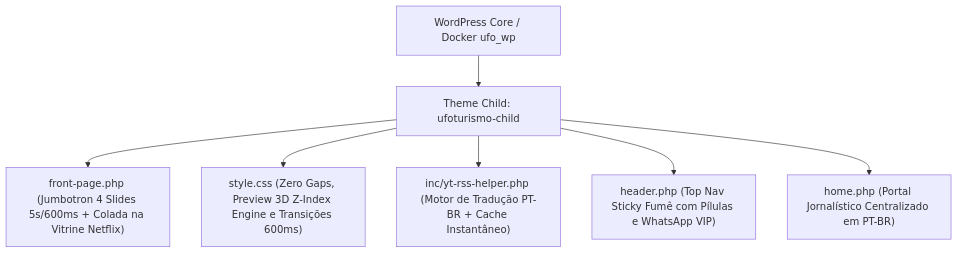
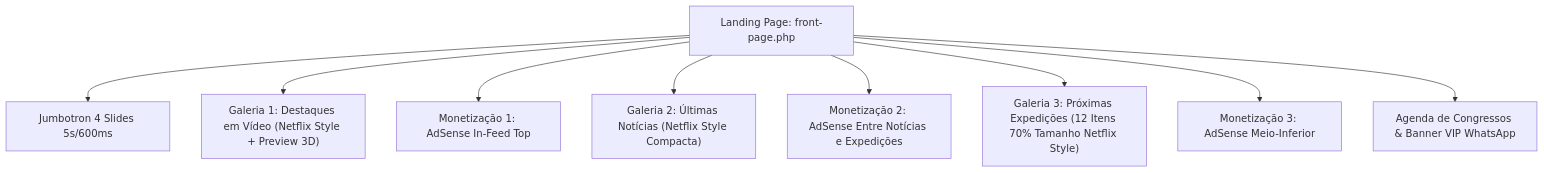
The diagram in README.md (FeralUnsettler/WPLocal), drawn with Mermaid before and after one commit. The commit also changed other lines of this file and 2 other files, not shown here.

Commit message:
feat(v3.5.0): convert expeditions to netflix carousel with 12 items at 70% size and insert adsense between news and expeditions

````diff
--- a/README.md
+++ b/README.md
@@ -50,9 +47,11 @@
 ```mermaid
 graph TD
-    A[WordPress Core / Docker ufo_wp] --> B[Theme Child: ufoturismo-child]
-    B --> C["front-page.php (Jumbotron 4 Slides 5s/600ms + Colada na Vitrine Netflix)"]
-    B --> D["style.css (Zero Gaps, Preview 3D Z-Index Engine e Transições 600ms)"]
-    B --> E["inc/yt-rss-helper.php (Motor de Tradução PT-BR + Cache Instantâneo)"]
-    B --> F["header.php (Top Nav Sticky Fumê com Pílulas e WhatsApp VIP)"]
-    B --> G["home.php (Portal Jornalístico Centralizado em PT-BR)"]
+    A[Landing Page: front-page.php] --> B[Jumbotron 4 Slides 5s/600ms]
+    A --> C["Galeria 1: Destaques em Vídeo (Netflix Style + Preview 3D)"]
+    A --> D["Monetização 1: AdSense In-Feed Top"]
+    A --> E["Galeria 2: Últimas Notícias (Netflix Style Compacta)"]
+    A --> F["Monetização 2: AdSense Entre Notícias e Expedições"]
+    A --> G["Galeria 3: Próximas Expedições (12 Itens 70% Tamanho Netflix Style)"]
+    A --> H["Monetização 3: AdSense Meio-Inferior"]
+    A --> I[Agenda de Congressos & Banner VIP WhatsApp]
 ```
````
